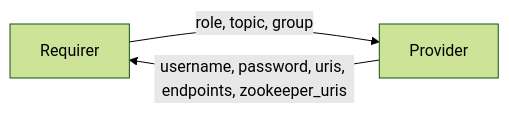
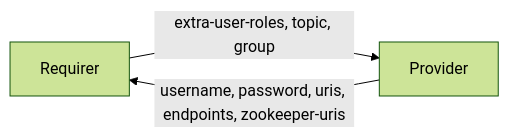
The diagram in kafka-client/README.md (canonical/charm-relation-interfaces), drawn with Mermaid (forest theme) before and after one commit. The commit also changed other lines of this file and 1 other file, not shown here.

Commit message:
chore: rename role to extra-user-roles

````diff
--- a/kafka-client/README.md
+++ b/kafka-client/README.md
@@ -13,5 +13,5 @@
 ```mermaid
 flowchart LR
-    Requirer -- role, topic, group --> Provider
-    Provider -- username, password, uris, endpoints, zookeeper_uris --> Requirer
+    Requirer -- extra-user-roles, topic, group --> Provider
+    Provider -- username, password, uris, endpoints, zookeeper-uris --> Requirer
 ```
````
